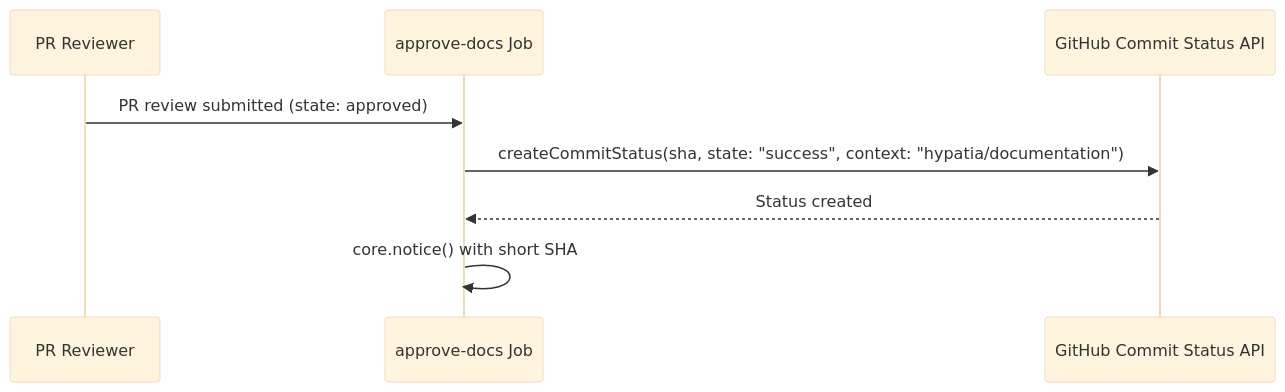
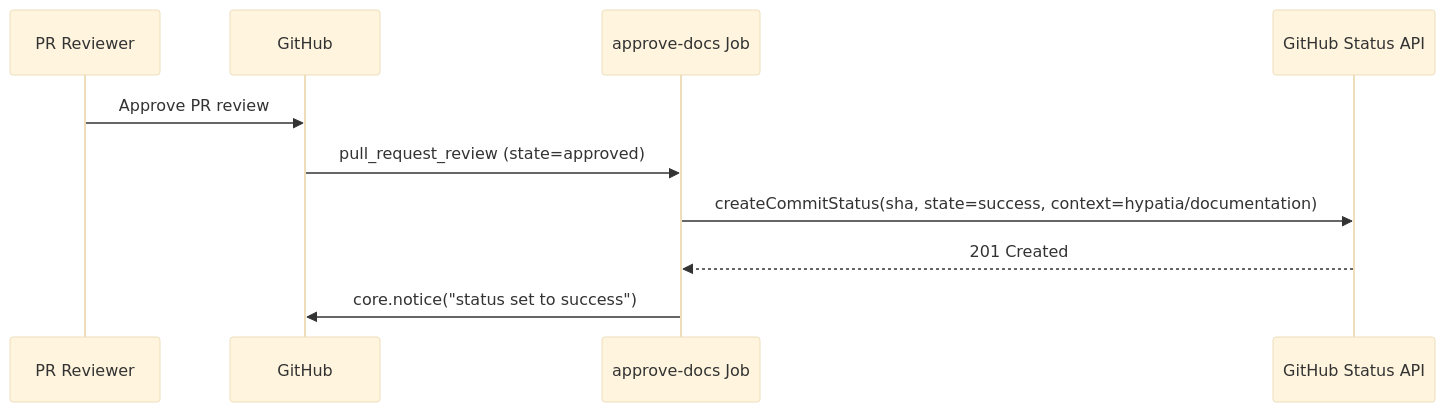
Before and after one commit to cornelisnetworks/opa-psm2-tests: the third of 4 diagrams in docs/.github-workflows.md, drawn with Mermaid (base theme). The commit also changed other lines of this file and 1 other file, not shown here.

Commit message:
docs: auto-generate documentation for PR #1 [skip ci]

````diff
--- a/docs/.github-workflows.md
+++ b/docs/.github-workflows.md
@@ -102,11 +67,13 @@
 ```mermaid
 sequenceDiagram
     participant Reviewer as PR Reviewer
+    participant GH as GitHub
     participant Approve as approve-docs Job
-    participant GH as GitHub Commit Status API
+    participant Status as GitHub Status API
 
-    Reviewer->>Approve: PR review submitted (state: approved)
-    Approve->>GH: createCommitStatus(sha, state: "success", context: "hypatia/documentation")
-    GH-->>Approve: Status created
-    Approve->>Approve: core.notice() with short SHA
+    Reviewer->>GH: Approve PR review
+    GH->>Approve: pull_request_review (state=approved)
+    Approve->>Status: createCommitStatus(sha, state=success, context=hypatia/documentation)
+    Status-->>Approve: 201 Created
+    Approve->>GH: core.notice("status set to success")
 ```
````
